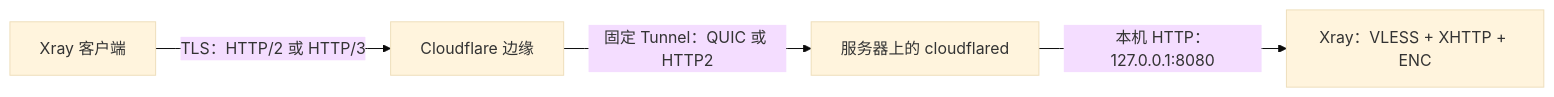
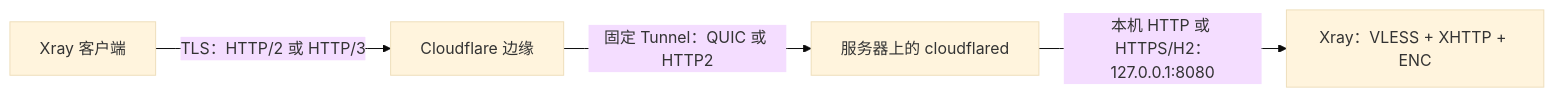
Before and after one commit to mutsuki14/argosbx-enhanced: the diagram in README.md, drawn with Mermaid (base theme). The commit also changed other lines of this file and 11 other files, not shown here.

Commit message:
feat: support experimental XHTTP streaming over verified HTTP/2 origins

````diff
--- a/README.md
+++ b/README.md
@@ -38,6 +40,6 @@
 ```mermaid
 flowchart LR
     C["Xray 客户端"] -->|"TLS：HTTP/2 或 HTTP/3"| E["Cloudflare 边缘"]
     E -->|"固定 Tunnel：QUIC 或 HTTP2"| T["服务器上的 cloudflared"]
-    T -->|"本机 HTTP：127.0.0.1:8080"| X["Xray：VLESS + XHTTP + ENC"]
+    T -->|"本机 HTTP 或 HTTPS/H2：127.0.0.1:8080"| X["Xray：VLESS + XHTTP + ENC"]
 ```
````
